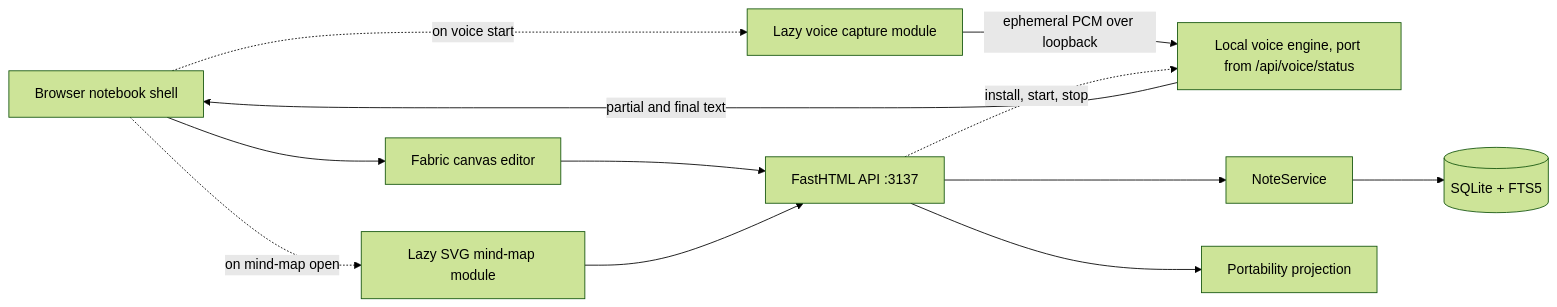
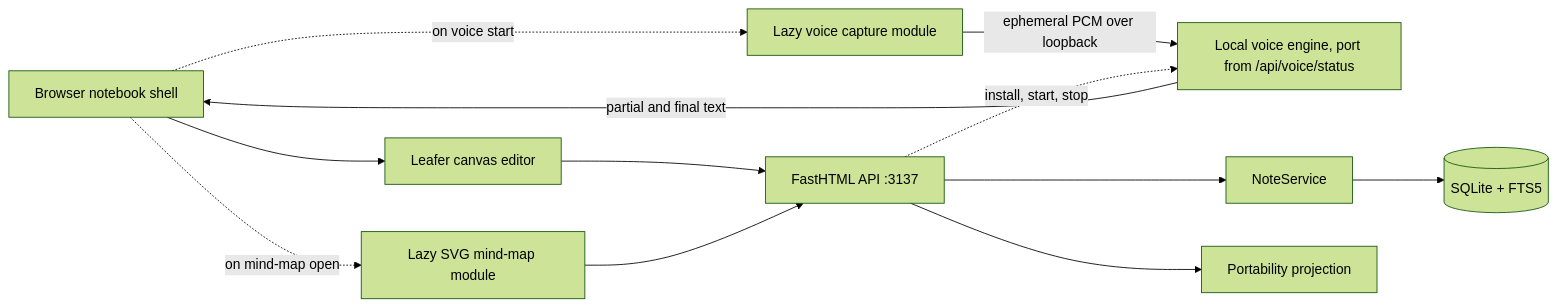
Before and after one commit to abhisheksreesaila/personalnote: the first of 2 diagrams in docs/ARCHITECTURE.md, drawn with Mermaid (forest theme). The commit also changed other lines of this file and 7 other files, not shown here.

Commit message:
F-036: docs describe Leafer as the only engine (invariants, architecture, contracts)

````diff
--- a/docs/ARCHITECTURE.md
+++ b/docs/ARCHITECTURE.md
@@ -7,14 +7,14 @@
 ```mermaid
 flowchart LR
-    Shell[Browser notebook shell] --> Canvas[Fabric canvas editor]
+    Shell[Browser notebook shell] --> Canvas[Leafer canvas editor]
     Shell -. on mind-map open .-> Map[Lazy SVG mind-map module]
     Shell -. on voice start .-> Voice[Lazy voice capture module]
     Voice -->|ephemeral PCM over loopback| ASR[Local voice engine, port from /api/voice/status]
     API -. install, start, stop .-> ASR
     ASR -->|partial and final text| Shell
     Canvas --> API[FastHTML API :3137]
     Map --> API
     API --> Store[NoteService]
     Store --> DB[(SQLite + FTS5)]
     API --> Export[Portability projection]
 ```
````
